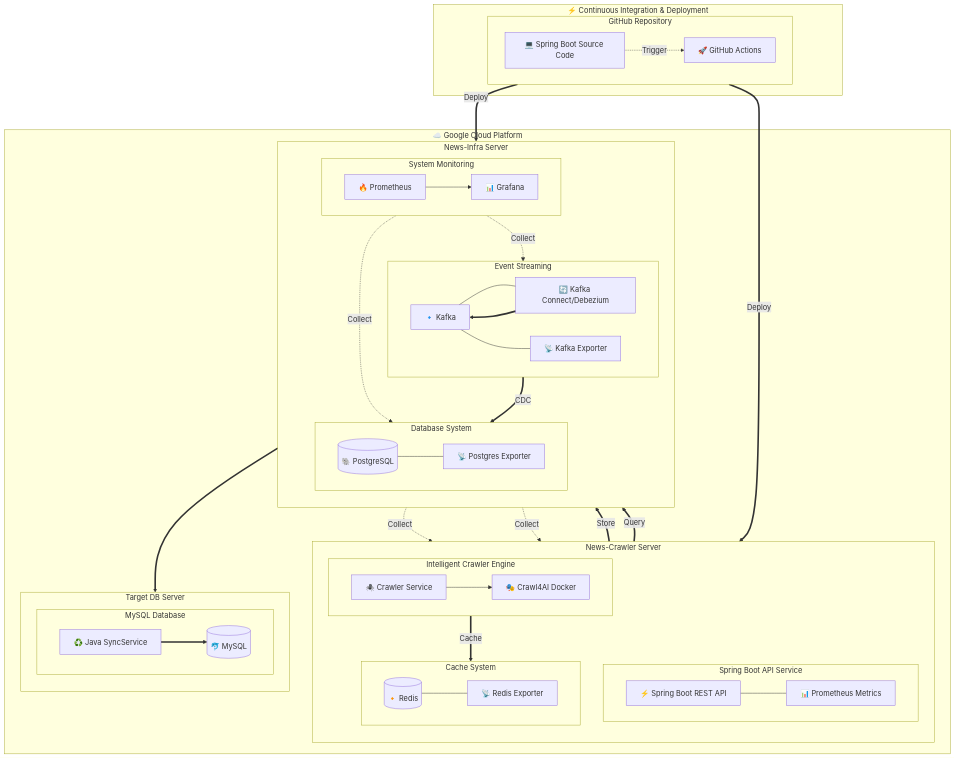
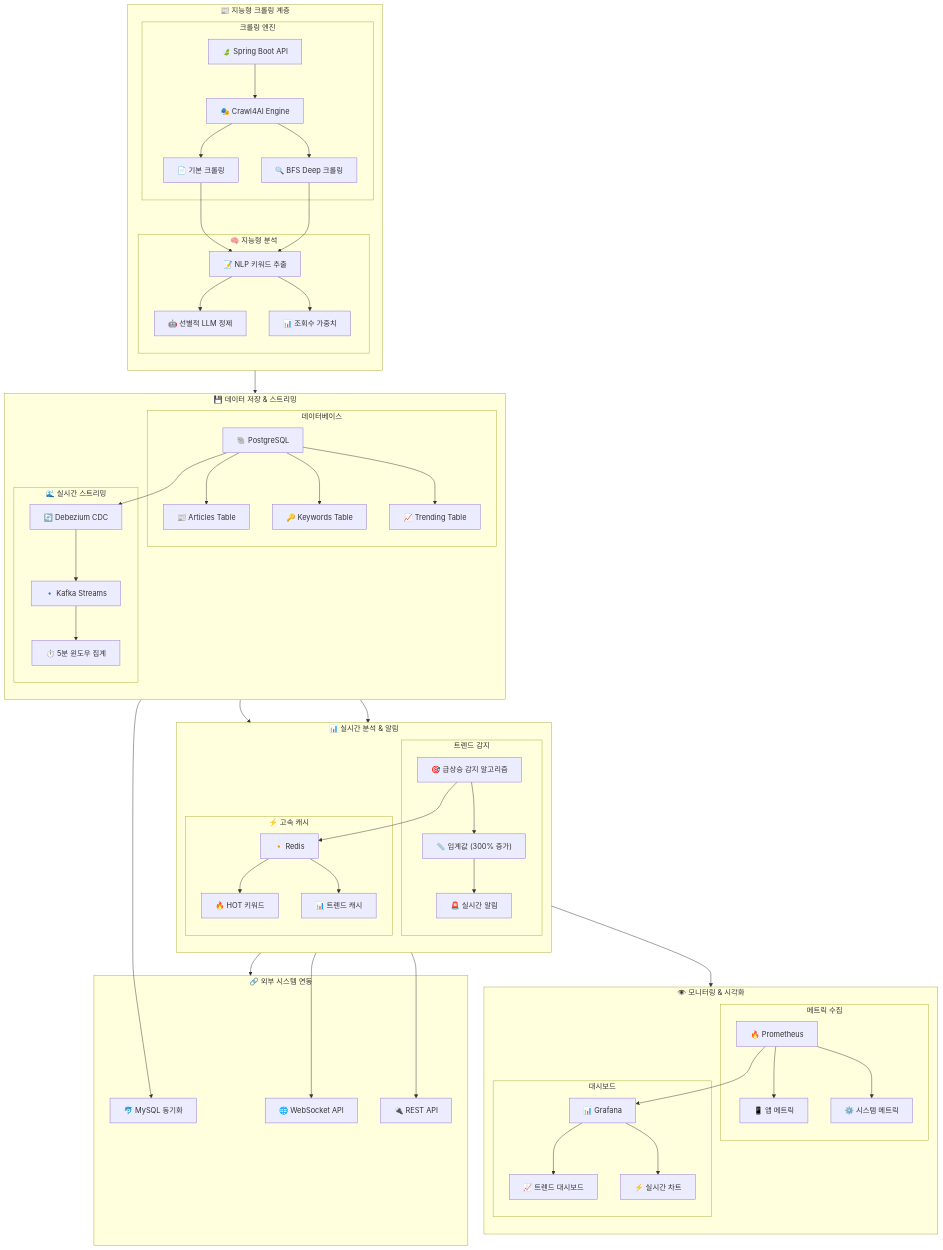
One commit to JunYupK/CDC-PipeLine-With-Kafka changed the first of 2 diagrams in readme.md. Above: the diagram before and after it, drawn with Mermaid. The commit also changed other lines of this file, not shown here.

````diff
--- a/readme.md
+++ b/readme.md
@@ -7,96 +29,117 @@
 ```mermaid
 flowchart TB
-    %% GitHub Section
-    subgraph CI_CD["⚡ Continuous Integration & Deployment"]
-        subgraph GitHub["GitHub Repository"]
-            direction LR
-            code["💻 Spring Boot Source Code"]
-            actions["🚀 GitHub Actions"]
-            code -.->|Trigger| actions
+    %% 크롤링 계층
+    subgraph Crawling["📰 지능형 크롤링 계층"]
+        direction TB
+        subgraph CrawlEngine["크롤링 엔진"]
+            SpringBoot["🍃 Spring Boot API"]
+            Crawl4AI["🎭 Crawl4AI Engine"]
+            BasicCrawl["📄 기본 크롤링"]
+            DeepCrawl["🔍 BFS Deep 크롤링"]
+            
+            SpringBoot --> Crawl4AI
+            Crawl4AI --> BasicCrawl
+            Crawl4AI --> DeepCrawl
+        end
+        
+        subgraph Intelligence["🧠 지능형 분석"]
+            NLP["📝 NLP 키워드 추출"]
+            LLM["🤖 선별적 LLM 정제"]
+            ViewWeight["📊 조회수 가중치"]
+            
+            BasicCrawl --> NLP
+            DeepCrawl --> NLP
+            NLP --> LLM
+            NLP --> ViewWeight
         end
     end
 
-    %% GCP Section
-    subgraph GCP["☁️ Google Cloud Platform"]
-        %% Crawler VM
-        subgraph CrawlerVM["News-Crawler Server"]
-            direction TB
-            subgraph API["Spring Boot API Service"]
-                direction LR
-                springboot["⚡ Spring Boot REST API"]
-                metrics["📊 Prometheus Metrics"]
-                springboot --- metrics
-            end
+    %% 저장 및 스트리밍 계층
+    subgraph Storage["💾 데이터 저장 & 스트리밍"]
+        direction TB
+        subgraph Database["데이터베이스"]
+            PostgreSQL["🐘 PostgreSQL"]
+            Articles["📰 Articles Table"]
+            Keywords["🔑 Keywords Table"]
+            Trends["📈 Trending Table"]
             
-            subgraph Crawler["Intelligent Crawler Engine"]
-                direction LR
-                crawlerservice["🕷️ Crawler Service"]
-                crawl4ai["🎭 Crawl4AI Docker"]
-                crawlerservice --> crawl4ai
-            end
-
-            subgraph CacheLayer["Cache System"]
-                direction LR
-                redis[("🔸 Redis")]
-                redis_exp["📡 Redis Exporter"]
-                redis --- redis_exp
-            end
+            PostgreSQL --> Articles
+            PostgreSQL --> Keywords
+            PostgreSQL --> Trends
         end
-
-        %% Infra VM
-        subgraph InfraVM["News-Infra Server"]
-            direction TB
-            subgraph DB["Database System"]
-                direction LR
-                postgres[("🐘 PostgreSQL")]
-                pg_exp["📡 Postgres Exporter"]
-                postgres --- pg_exp
-            end
+        
+        subgraph Streaming["🌊 실시간 스트리밍"]
+            CDC["🔄 Debezium CDC"]
+            Kafka["🔹 Kafka Streams"]
+            WindowAgg["⏱️ 5분 윈도우 집계"]
             
-            subgraph Stream["Event Streaming"]
-                direction LR
-                kafka["🔹 Kafka"]
-                connect["🔄 Kafka Connect/Debezium"]
-                kafka_exp["📡 Kafka Exporter"]
-                kafka --- connect
-                kafka --- kafka_exp
-            end
-            
-            subgraph Monitor["System Monitoring"]
-                direction LR
-                prometheus["🔥 Prometheus"]
-                grafana["📊 Grafana"]
-                prometheus --> grafana
-            end
-        end
-
-        %% Target DB VM
-        subgraph TargetDBVM["Target DB Server"]
-            direction TB
-            subgraph TargetDB["MySQL Database"]
-                direction LR
-                mysql[("🐬 MySQL")]
-                sync["♻️ Java SyncService"]
-            end
+            PostgreSQL --> CDC
+            CDC --> Kafka
+            Kafka --> WindowAgg
         end
     end
 
-    %% Deployment Flow
-    actions ==>|Deploy| CrawlerVM
-    actions ==>|Deploy| InfraVM
+    %% 분석 및 알림 계층
+    subgraph Analytics["📊 실시간 분석 & 알림"]
+        direction TB
+        subgraph TrendDetection["트렌드 감지"]
+            Algorithm["🎯 급상승 감지 알고리즘"]
+            Threshold["📏 임계값 (300% 증가)"]
+            Alert["🚨 실시간 알림"]
+            
+            WindowAgg --> Algorithm
+            Algorithm --> Threshold
+            Threshold --> Alert
+        end
+        
+        subgraph Cache["⚡ 고속 캐시"]
+            Redis["🔸 Redis"]
+            HotKeywords["🔥 HOT 키워드"]
+            TrendCache["📊 트렌드 캐시"]
+            
+            Algorithm --> Redis
+            Redis --> HotKeywords
+            Redis --> TrendCache
+        end
+    end
 
-    %% Data Flow
-    crawlerservice ==>|Store| postgres
-    crawlerservice ==>|Cache| redis
-    springboot ==>|Query| postgres
-    connect ==>|CDC| postgres
-    connect ==> kafka
-    kafka ==> sync
-    sync ==> mysql
-    
-    %% Monitoring Flow
-    prometheus -.->|Collect| pg_exp
-    prometheus -.->|Collect| kafka_exp
-    prometheus -.->|Collect| redis_exp
-    prometheus -.->|Collect| metrics
+    %% 모니터링 및 시각화
+    subgraph Monitoring["👁️ 모니터링 & 시각화"]
+        direction TB
+        subgraph Metrics["메트릭 수집"]
+            Prometheus["🔥 Prometheus"]
+            AppMetrics["📱 앱 메트릭"]
+            SystemMetrics["⚙️ 시스템 메트릭"]
+            
+            Prometheus --> AppMetrics
+            Prometheus --> SystemMetrics
+        end
+        
+        subgraph Dashboard["대시보드"]
+            Grafana["📊 Grafana"]
+            TrendDash["📈 트렌드 대시보드"]
+            RealtimeChart["⚡ 실시간 차트"]
+            
+            Prometheus --> Grafana
+            Grafana --> TrendDash
+            Grafana --> RealtimeChart
+        end
+    end
+
+    %% 외부 연동
+    subgraph External["🔗 외부 시스템 연동"]
+        MySQL["🐬 MySQL 동기화"]
+        WebSocket["🌐 WebSocket API"]
+        RestAPI["🔌 REST API"]
+        
+        Kafka --> MySQL
+        Alert --> WebSocket
+        Redis --> RestAPI
+    end
+
+    %% 데이터 흐름 연결
+    Intelligence --> Storage
+    Storage --> Analytics
+    Analytics --> Monitoring
+    Analytics --> External
 ```
````
